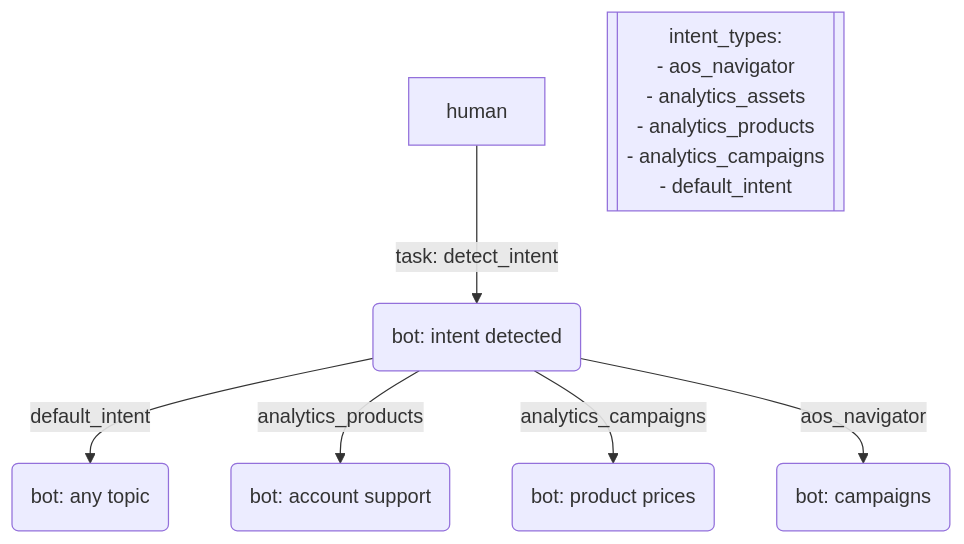
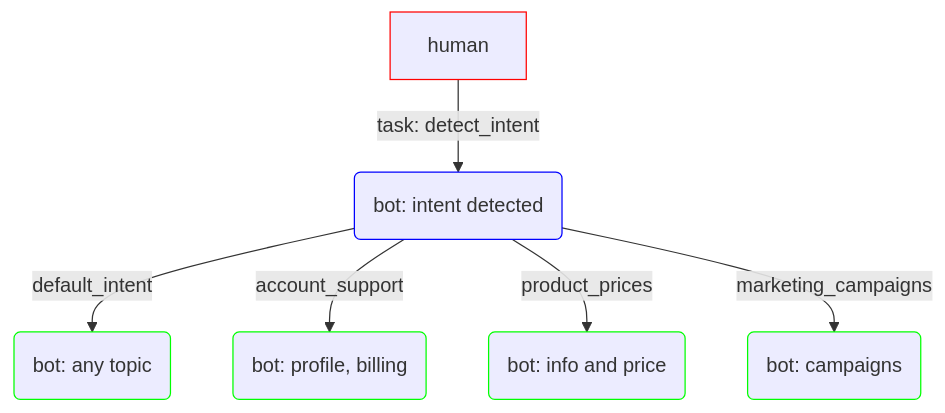
Before and after one commit to jchavezar/vertex-ai-samples: the diagram in gen_ai/conversational/multi_intent/readme.md, drawn with Mermaid. The commit also changed other lines of this file, not shown here.

Commit message:
dec-4-23

````diff
--- a/gen_ai/conversational/multi_intent/readme.md
+++ b/gen_ai/conversational/multi_intent/readme.md
@@ -5,16 +5,12 @@
 ```mermaid
-graph TD;
-    human -- "task: detect_intent" --> bot(bot: intent detected);
-    id1[[intent_types:
-    - aos_navigator
-    - analytics_assets
-    - analytics_products
-    - analytics_campaigns
-    - default_intent
-    ]];
+graph TB
+    human:::foo -- "task: detect_intent" --> bot(bot: intent detected):::bar
+    classDef foo stroke:#f00
+    classDef bar stroke:#00f
 
-    bot -- "default_intent" --> greetings(bot: any topic);
-    bot -- "analytics_products" --> account_support(bot: account support);
-    bot -- "analytics_campaigns" --> product_prices(bot: product prices);
-    bot -- "aos_navigator" --> marketing_campaigns(bot: campaigns);
+    bot -- "default_intent" --> greetings(bot: any topic):::foobar
+    bot -- "account_support" --> account_support(bot: profile, billing):::foobar
+    bot -- "product_prices" --> product_prices(bot: info and price):::foobar
+    bot -- "marketing_campaigns" --> marketing_campaigns(bot: campaigns):::foobar
+    classDef foobar stroke:#0f0
 ```
````
